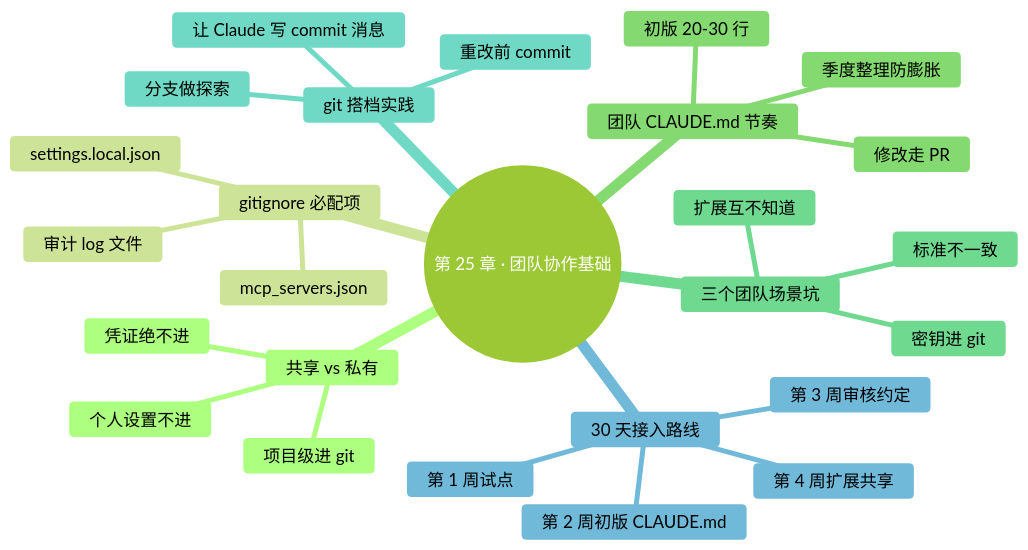
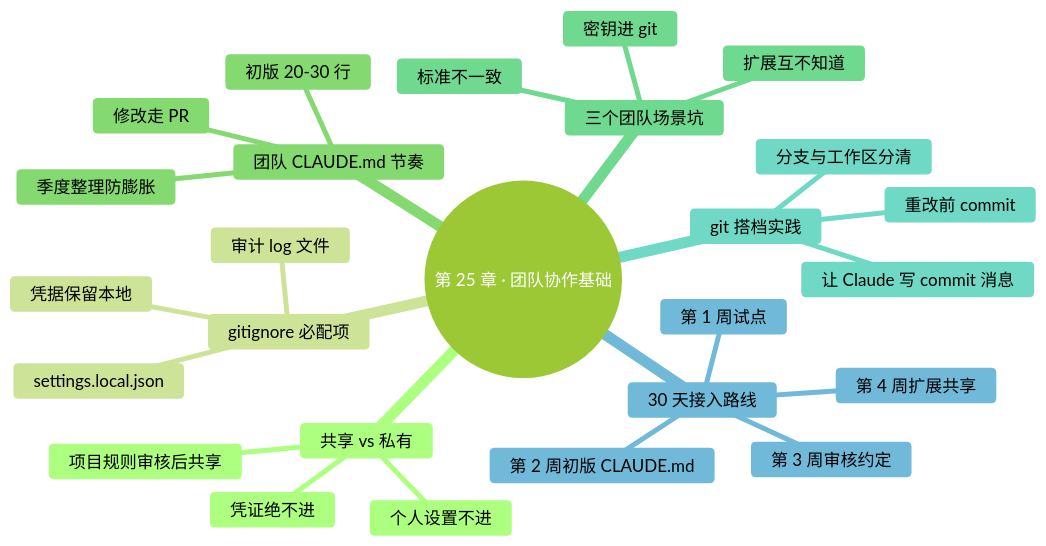
The diagram in manuscript/part6-融入日常/25-团队协作基础.md (mali9527/claude-code-full-guide-for-beginners), drawn with Mermaid before and after one commit. The commit also changed other lines of this file and 130 other files, not shown here.

````diff
--- a/manuscript/part6-融入日常/25-团队协作基础.md
+++ b/manuscript/part6-融入日常/25-团队协作基础.md
@@ -20,37 +20,37 @@
 ```mermaid
 ---
 config:
   theme: forest
   themeVariables:
     fontFamily: "-apple-system, 'SF Pro Text', 'PingFang SC', 'Helvetica Neue', sans-serif"
     fontSize: "17px"
     lineColor: "#D9D9D9"
 ---
 mindmap
   root((第 25 章 · 团队协作基础))
     共享 vs 私有
-      项目级进 git
+      项目规则审核后共享
       个人设置不进
       凭证绝不进
     gitignore 必配项
       settings.local.json
-      mcp_servers.json
+      凭据保留本地
       审计 log 文件
     团队 CLAUDE.md 节奏
       初版 20-30 行
       修改走 PR
       季度整理防膨胀
     三个团队场景坑
       密钥进 git
       标准不一致
       扩展互不知道
     git 搭档实践
       重改前 commit
-      分支做探索
+      分支与工作区分清
       让 Claude 写 commit 消息
     30 天接入路线
       第 1 周试点
       第 2 周初版 CLAUDE.md
       第 3 周审核约定
       第 4 周扩展共享
 ```
````
